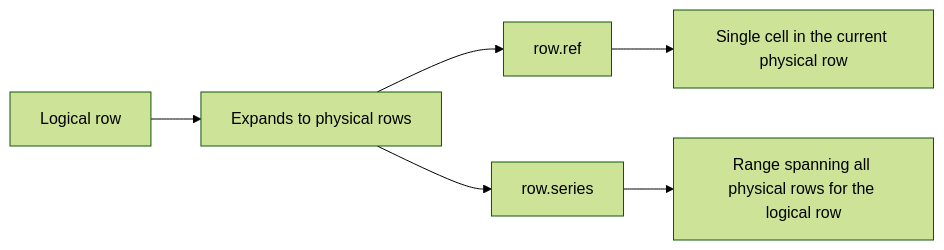
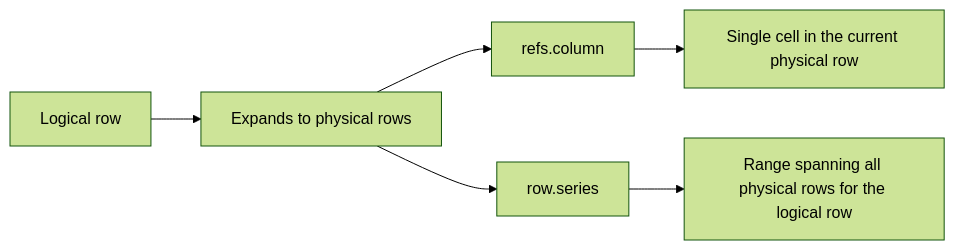
One commit to ChronicStone/typed-xlsx changed the second of 8 diagrams in apps/docs/content/05.formulas/2.row-model.md. Above: the diagram before and after it, drawn with Mermaid (forest theme). The commit also changed other lines of this file and 12 other files, not shown here.

First line of the commit message:
docs(docs): polish all 34 pages — add mermaid diagrams, fix outdated API refs, convert to twoslash

````diff
--- a/apps/docs/content/05.formulas/2.row-model.md
+++ b/apps/docs/content/05.formulas/2.row-model.md
@@ -77,8 +77,8 @@
 ```mermaid
 flowchart LR
   A[Logical row] --> B[Expands to physical rows]
-  B --> C[row.ref]
+  B --> C[refs.column]
   B --> D[row.series]
   C --> E[Single cell in the current physical row]
   D --> F[Range spanning all physical rows for the logical row]
 ```
````
